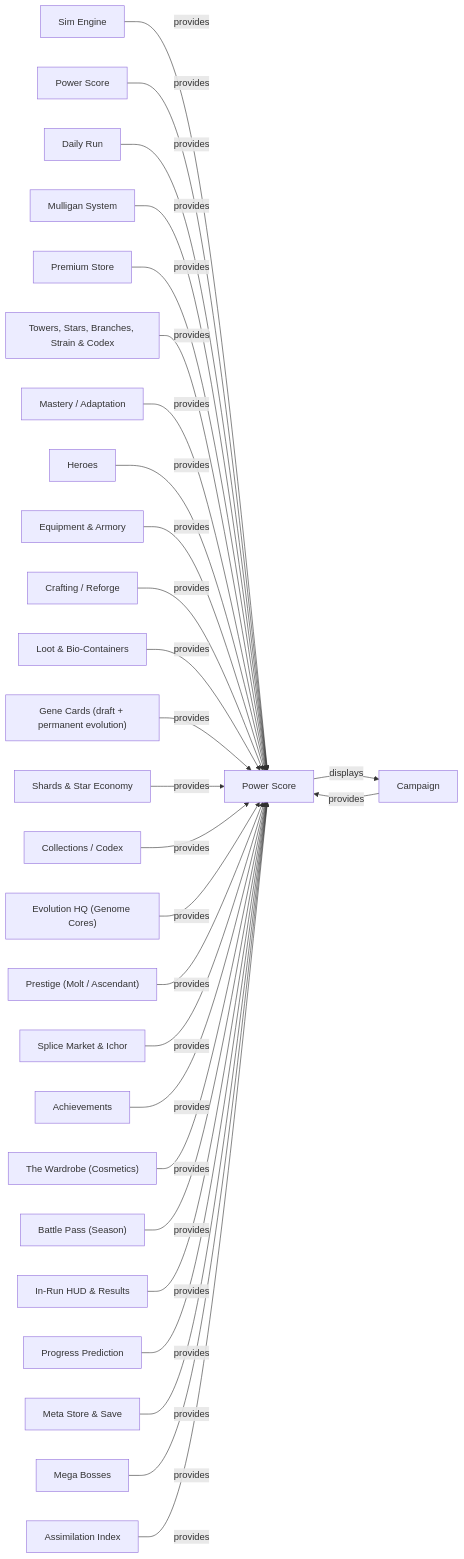
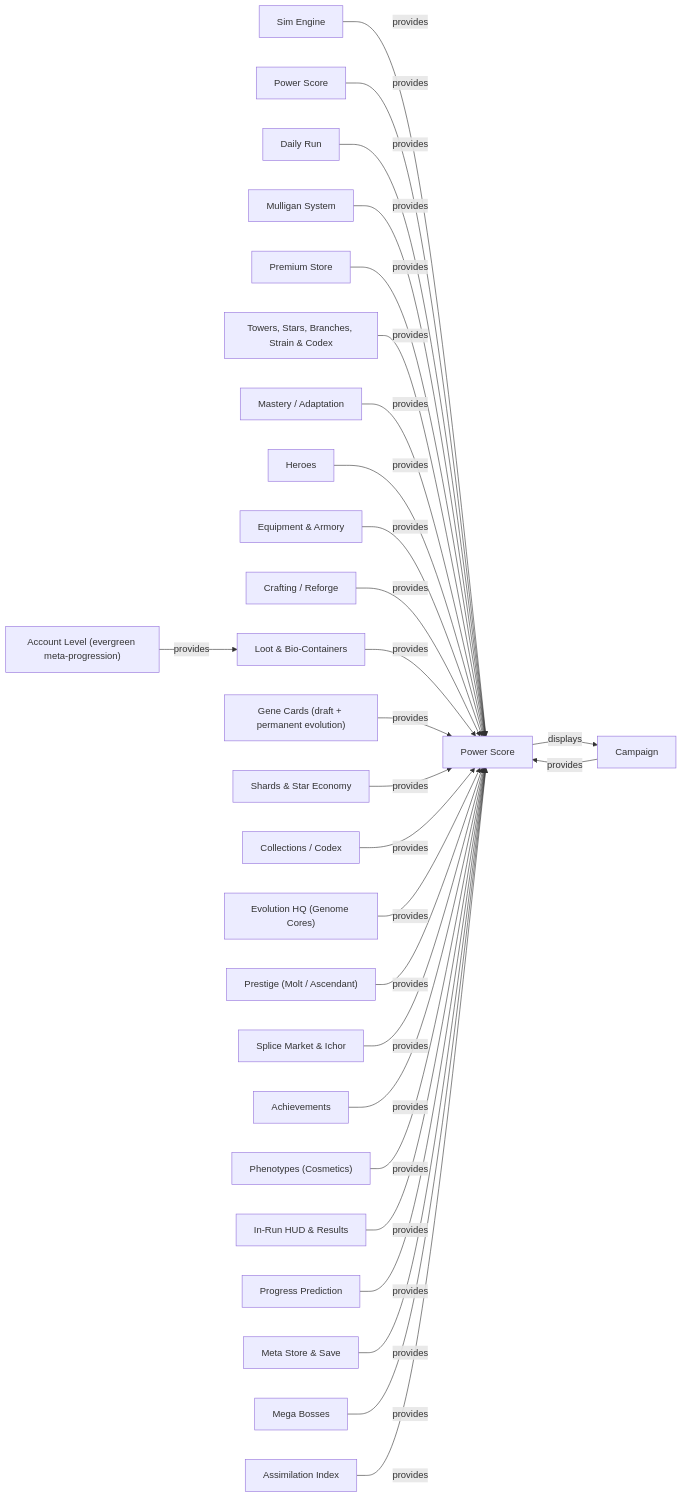
The second of 4 diagrams in docs/DIL_GRAPH.md (jathanalston-ship-it/TowerDefenseGame), drawn with Mermaid before and after one commit. The commit also changed other lines of this file and 34 other files, not shown here.

````diff
--- a/docs/DIL_GRAPH.md
+++ b/docs/DIL_GRAPH.md
@@ -117,30 +114,30 @@
 ```mermaid
 graph LR
   system_engine["Sim Engine"] -->|provides| concept_power_score["Power Score"]
   system_power["Power Score"] -->|provides| concept_power_score["Power Score"]
   system_campaign["Campaign"] -->|provides| concept_power_score["Power Score"]
   system_daily["Daily Run"] -->|provides| concept_power_score["Power Score"]
   system_mulligans["Mulligan System"] -->|provides| concept_power_score["Power Score"]
   system_premium["Premium Store"] -->|provides| concept_power_score["Power Score"]
   system_towers["Towers, Stars, Branches, Strain & Codex"] -->|provides| concept_power_score["Power Score"]
   system_mastery["Mastery / Adaptation"] -->|provides| concept_power_score["Power Score"]
   system_heroes["Heroes"] -->|provides| concept_power_score["Power Score"]
   system_equipment["Equipment & Armory"] -->|provides| concept_power_score["Power Score"]
   system_crafting["Crafting / Reforge"] -->|provides| concept_power_score["Power Score"]
   system_loot["Loot & Bio-Containers"] -->|provides| concept_power_score["Power Score"]
   system_gene_cards["Gene Cards (draft + permanent evolution)"] -->|provides| concept_power_score["Power Score"]
   system_shards_economy["Shards & Star Economy"] -->|provides| concept_power_score["Power Score"]
   system_collection["Collections / Codex"] -->|provides| concept_power_score["Power Score"]
   system_evolution_hq["Evolution HQ (Genome Cores)"] -->|provides| concept_power_score["Power Score"]
   system_prestige["Prestige (Molt / Ascendant)"] -->|provides| concept_power_score["Power Score"]
   system_splice_market["Splice Market & Ichor"] -->|provides| concept_power_score["Power Score"]
   system_achievements["Achievements"] -->|provides| concept_power_score["Power Score"]
-  system_cosmetics["The Wardrobe (Cosmetics)"] -->|provides| concept_power_score["Power Score"]
-  system_battle_pass["Battle Pass (Season)"] -->|provides| concept_power_score["Power Score"]
+  system_cosmetics["Phenotypes (Cosmetics)"] -->|provides| concept_power_score["Power Score"]
   system_run_ui["In-Run HUD & Results"] -->|provides| concept_power_score["Power Score"]
   system_prediction["Progress Prediction"] -->|provides| concept_power_score["Power Score"]
   system_meta_store["Meta Store & Save"] -->|provides| concept_power_score["Power Score"]
   system_mega_bosses["Mega Bosses"] -->|provides| concept_power_score["Power Score"]
   system_assimilation["Assimilation Index"] -->|provides| concept_power_score["Power Score"]
   concept_power_score["Power Score"] -->|displays| system_campaign["Campaign"]
+  system_account_level["Account Level (evergreen meta-progression)"] -->|provides| system_loot["Loot & Bio-Containers"]
 ```
````
